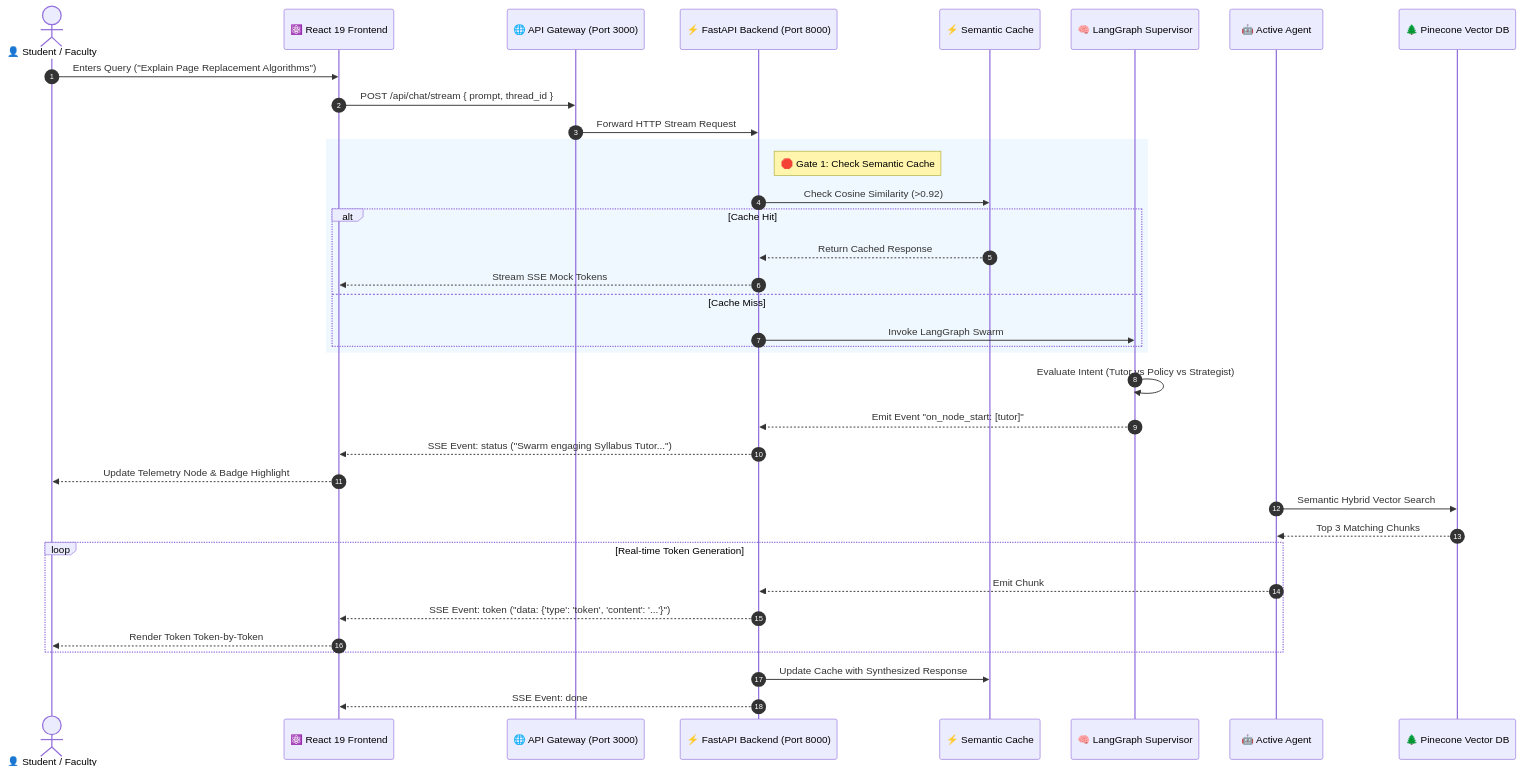
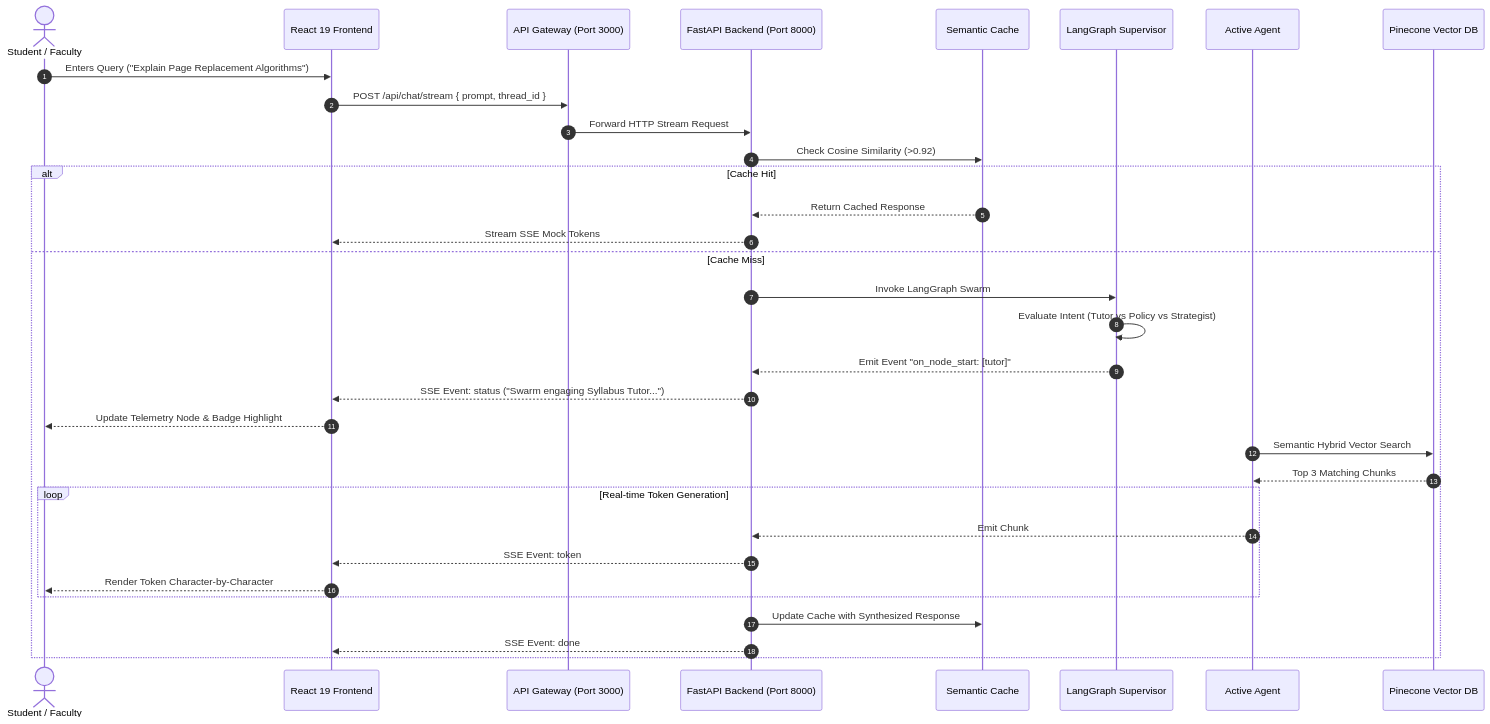
One commit to Zayn329/chimeraAi changed the first of 3 diagrams in README.md. Above: the diagram before and after it, drawn with Mermaid. The commit also changed other lines of this file, not shown here.

Commit message:
docs: clean up Mermaid diagrams in README.md for GitHub Markdown compatibility

````diff
--- a/README.md
+++ b/README.md
@@ -48,44 +48,36 @@
 ```mermaid
 sequenceDiagram
     autonumber
-    actor Student as 👤 Student / Faculty
-    participant React as ⚛️ React 19 Frontend
-    participant Gateway as 🌐 API Gateway (Port 3000)
-    participant FastAPI as ⚡ FastAPI Backend (Port 8000)
-    participant Cache as ⚡ Semantic Cache
-    participant Router as 🧠 LangGraph Supervisor
-    participant Agent as 🤖 Active Agent
-    participant VectorDB as 🌲 Pinecone Vector DB
+    actor Student as Student / Faculty
+    participant React as React 19 Frontend
+    participant Gateway as API Gateway (Port 3000)
+    participant FastAPI as FastAPI Backend (Port 8000)
+    participant Cache as Semantic Cache
+    participant Router as LangGraph Supervisor
+    participant Agent as Active Agent
+    participant VectorDB as Pinecone Vector DB
 
     Student->>React: Enters Query ("Explain Page Replacement Algorithms")
     React->>Gateway: POST /api/chat/stream { prompt, thread_id }
     Gateway->>FastAPI: Forward HTTP Stream Request
-
-    rect rgb(240, 248, 255)
-        note right of FastAPI: 🛑 Gate 1: Check Semantic Cache
-        FastAPI->>Cache: Check Cosine Similarity (>0.92)
-        alt Cache Hit
-            Cache-->>FastAPI: Return Cached Response
-            FastAPI-->>React: Stream SSE Mock Tokens
-        else Cache Miss
-            FastAPI->>Router: Invoke LangGraph Swarm
+    FastAPI->>Cache: Check Cosine Similarity (>0.92)
+    alt Cache Hit
+        Cache-->>FastAPI: Return Cached Response
+        FastAPI-->>React: Stream SSE Mock Tokens
+    else Cache Miss
+        FastAPI->>Router: Invoke LangGraph Swarm
+        Router->>Router: Evaluate Intent (Tutor vs Policy vs Strategist)
+        Router-->>FastAPI: Emit Event "on_node_start: [tutor]"
+        FastAPI-->>React: SSE Event: status ("Swarm engaging Syllabus Tutor...")
+        React-->>Student: Update Telemetry Node & Badge Highlight
+        Agent->>VectorDB: Semantic Hybrid Vector Search
+        VectorDB-->>Agent: Top 3 Matching Chunks
+        loop Real-time Token Generation
+            Agent-->>FastAPI: Emit Chunk
+            FastAPI-->>React: SSE Event: token
+            React-->>Student: Render Token Character-by-Character
         end
+        FastAPI->>Cache: Update Cache with Synthesized Response
+        FastAPI-->>React: SSE Event: done
     end
-
-    Router->>Router: Evaluate Intent (Tutor vs Policy vs Strategist)
-    Router-->>FastAPI: Emit Event "on_node_start: [tutor]"
-    FastAPI-->>React: SSE Event: status ("Swarm engaging Syllabus Tutor...")
-    React-->>Student: Update Telemetry Node & Badge Highlight
-
-    Agent->>VectorDB: Semantic Hybrid Vector Search
-    VectorDB-->>Agent: Top 3 Matching Chunks
-
-    loop Real-time Token Generation
-        Agent-->>FastAPI: Emit Chunk
-        FastAPI-->>React: SSE Event: token ("data: {'type': 'token', 'content': '...'}")
-        React-->>Student: Render Token Token-by-Token
-    end
-
-    FastAPI->>Cache: Update Cache with Synthesized Response
-    FastAPI-->>React: SSE Event: done
 ```
````
